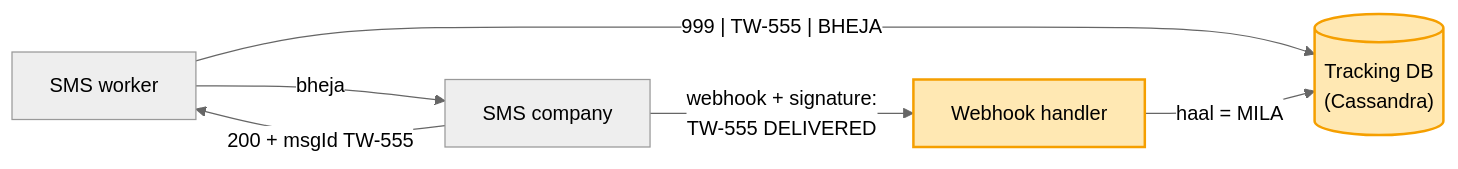
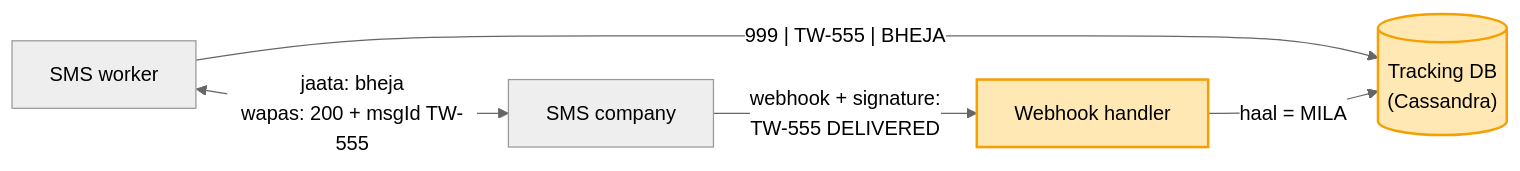
One commit to ArpanMaheshwari144/Prep changed the ninth of 11 diagrams in 04_HLD/SYSTEM_DESIGNS/04_notification_system/04_notification_system.md. Above: the diagram before and after it, drawn with Mermaid (neutral theme). The commit also changed other lines of this file and 7 other files, not shown here.

Commit message:
HLD diagram: 13 jagah do dabbon ke beech do teer the (label dabbe pe chadhta) -> ek teer, jaata / wapas do line

````diff
--- a/04_HLD/SYSTEM_DESIGNS/04_notification_system/04_notification_system.md
+++ b/04_HLD/SYSTEM_DESIGNS/04_notification_system/04_notification_system.md
@@ -311,10 +310,9 @@
 ```mermaid
 flowchart LR
-    WS["SMS worker"] -- "bheja" --> C["SMS company"]
-    C -- "200 + msgId TW-555" --> WS
+    WS["SMS worker"] <-->|"jaata: bheja<br/>wapas: 200 + msgId TW-555"| C["SMS company"]
     WS -- "999 | TW-555 | BHEJA" --> T[("Tracking DB<br/>(Cassandra)")]
     C -- "webhook + signature:<br/>TW-555 DELIVERED" --> H["Webhook handler"]
     H -- "haal = MILA" --> T
     style T fill:#ffe8b3,stroke:#f59f00,stroke-width:2px,color:#000
     style H fill:#ffe8b3,stroke:#f59f00,stroke-width:2px,color:#000
 ```
````
